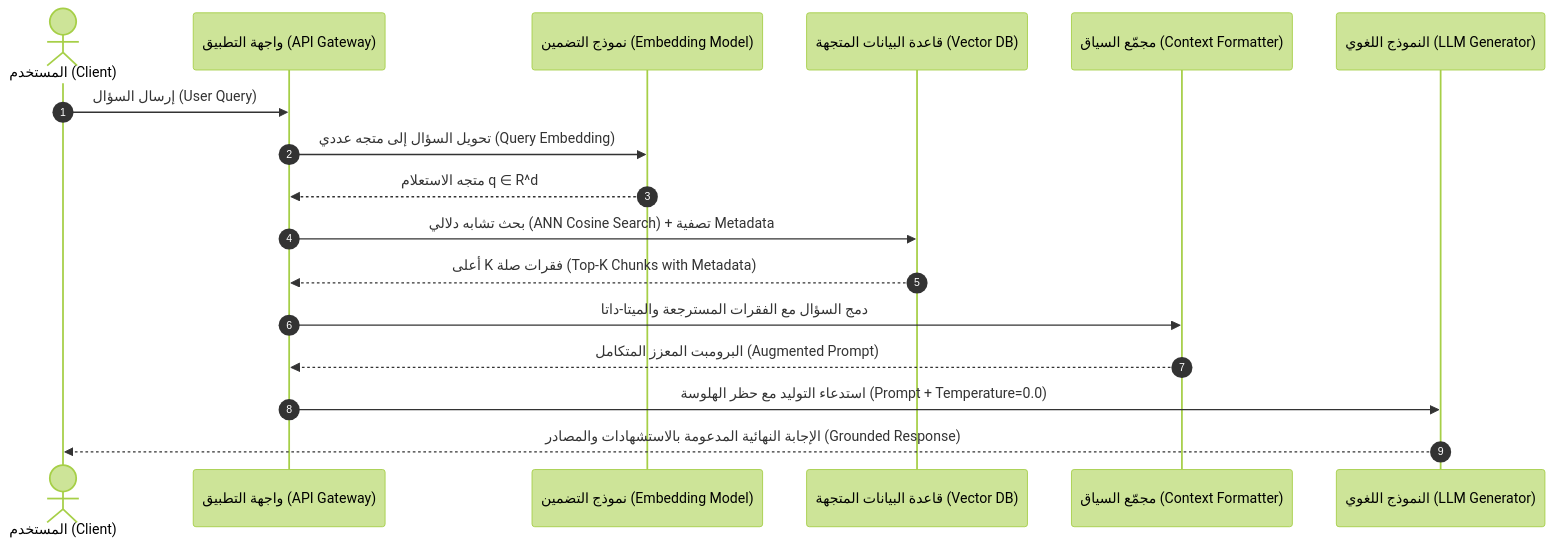
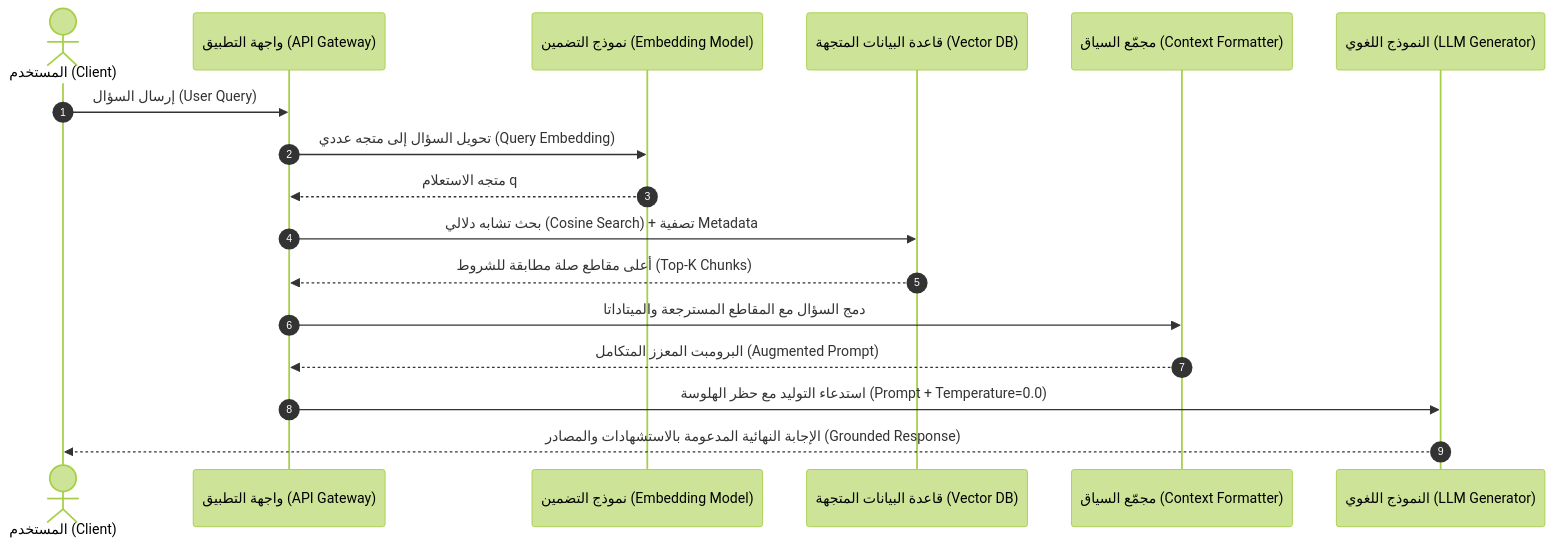
The diagram in docs/00-rag-fundamentals/05-query-processing-and-generation.md (ali-abofouda/RAG-Mastery), drawn with Mermaid (forest theme) before and after one commit. The commit also changed other lines of this file and 6 other files, not shown here.

Commit message:
docs: restructure 00-rag-fundamentals to concept-driven and code-backed architecture

````diff
--- a/docs/00-rag-fundamentals/05-query-processing-and-generation.md
+++ b/docs/00-rag-fundamentals/05-query-processing-and-generation.md
@@ -11,20 +12,20 @@
 ```mermaid
 sequenceDiagram
     autonumber
     actor User as المستخدم (Client)
     participant API as واجهة التطبيق (API Gateway)
     participant Embedder as نموذج التضمين (Embedding Model)
     participant VectorDB as قاعدة البيانات المتجهة (Vector DB)
     participant Formatter as مجمّع السياق (Context Formatter)
     participant LLM as النموذج اللغوي (LLM Generator)
 
     User->>API: إرسال السؤال (User Query)
     API->>Embedder: تحويل السؤال إلى متجه عددي (Query Embedding)
-    Embedder-->>API: متجه الاستعلام q ∈ R^d
-    API->>VectorDB: بحث تشابه دلالي (ANN Cosine Search) + تصفية Metadata
-    VectorDB-->>API: أعلى K فقرات صلة (Top-K Chunks with Metadata)
-    API->>Formatter: دمج السؤال مع الفقرات المسترجعة والميتا-داتا
+    Embedder-->>API: متجه الاستعلام q
+    API->>VectorDB: بحث تشابه دلالي (Cosine Search) + تصفية Metadata
+    VectorDB-->>API: أعلى مقاطع صلة مطابقة للشروط (Top-K Chunks)
+    API->>Formatter: دمج السؤال مع المقاطع المسترجعة والميتاداتا
     Formatter-->>API: البرومبت المعزز المتكامل (Augmented Prompt)
     API->>LLM: استدعاء التوليد مع حظر الهلوسة (Prompt + Temperature=0.0)
     LLM-->>User: الإجابة النهائية المدعومة بالاستشهادات والمصادر (Grounded Response)
 ```
````
